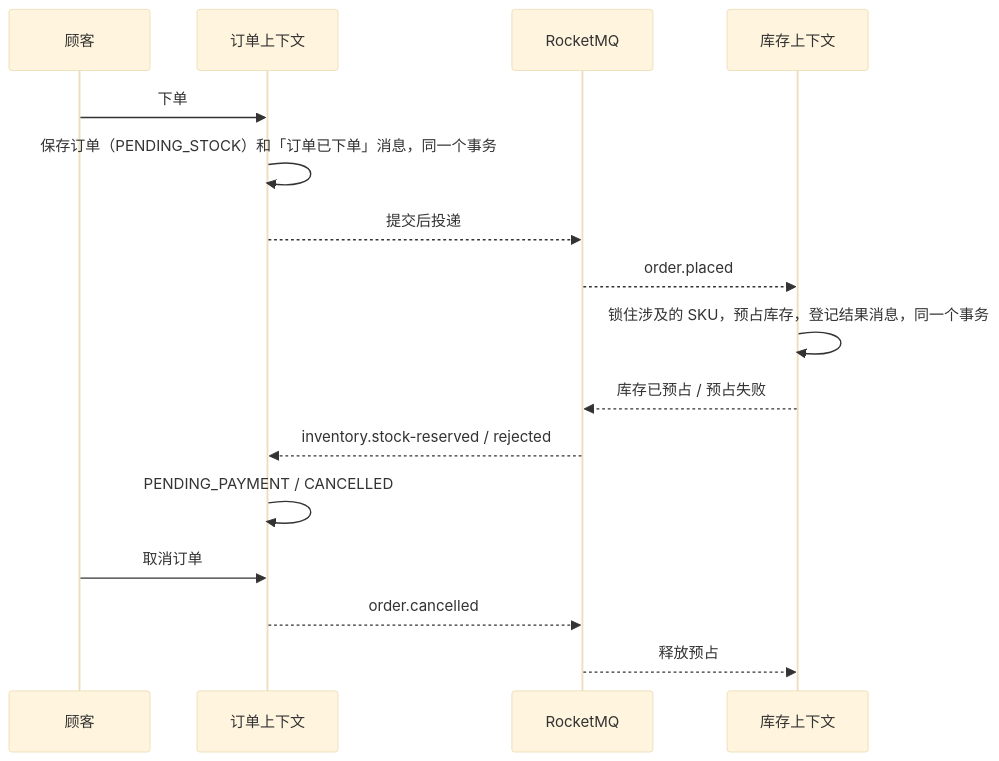
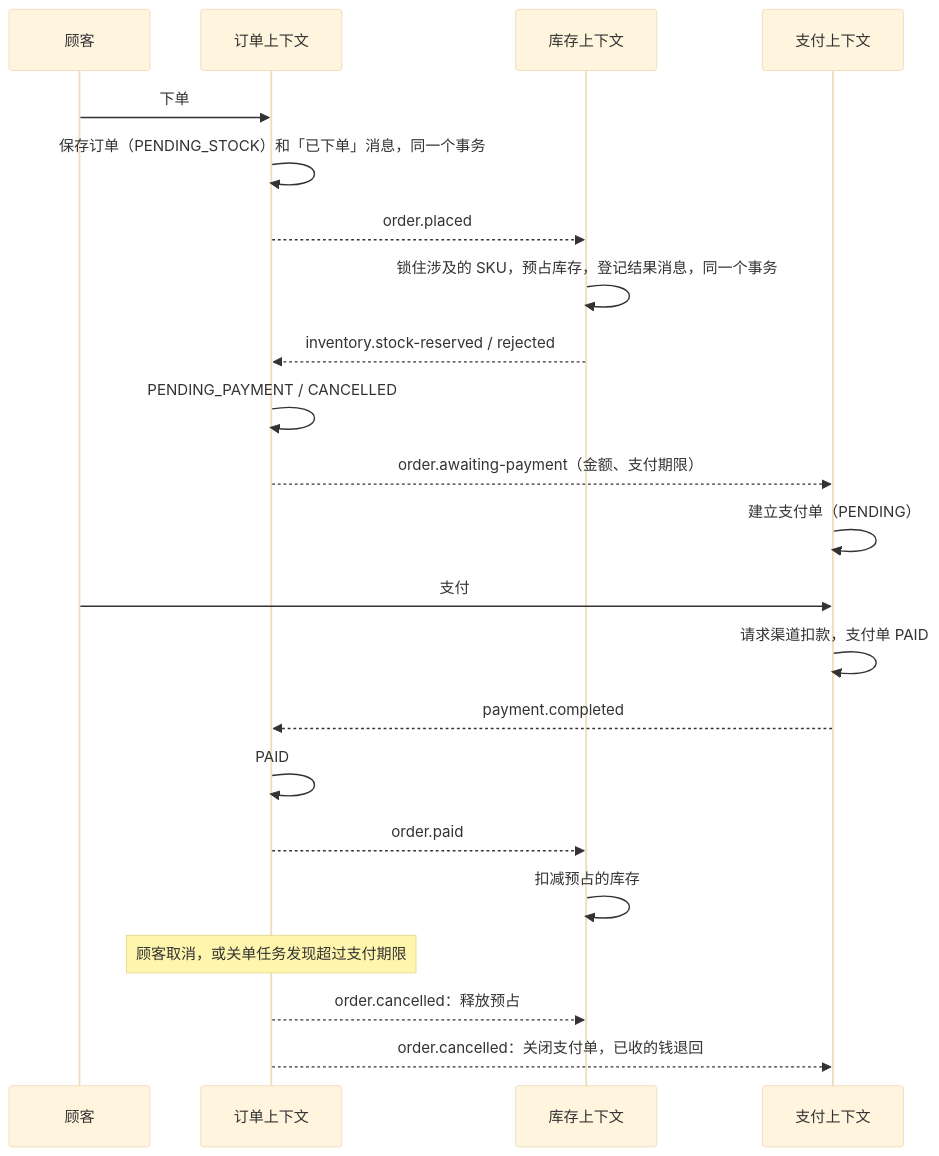
One commit to poppycoderr/domain-driven-kit changed the diagram in ddk-examples/ddk-mall/README.md. Above: the diagram before and after it, drawn with Mermaid (base theme). The commit also changed other lines of this file and 55 other files, not shown here.

````diff
--- a/ddk-examples/ddk-mall/README.md
+++ b/ddk-examples/ddk-mall/README.md
@@ -91,18 +104,24 @@
 ```mermaid
 sequenceDiagram
     participant C as 顾客
     participant O as 订单上下文
-    participant MQ as RocketMQ
     participant I as 库存上下文
+    participant P as 支付上下文
     C->>O: 下单
-    O->>O: 保存订单（PENDING_STOCK）和「订单已下单」消息，同一个事务
-    O-->>MQ: 提交后投递
-    MQ-->>I: order.placed
+    O->>O: 保存订单（PENDING_STOCK）和「已下单」消息，同一个事务
+    O-->>I: order.placed
     I->>I: 锁住涉及的 SKU，预占库存，登记结果消息，同一个事务
-    I-->>MQ: 库存已预占 / 预占失败
-    MQ-->>O: inventory.stock-reserved / rejected
+    I-->>O: inventory.stock-reserved / rejected
     O->>O: PENDING_PAYMENT / CANCELLED
-    C->>O: 取消订单
-    O-->>MQ: order.cancelled
-    MQ-->>I: 释放预占
+    O-->>P: order.awaiting-payment（金额、支付期限）
+    P->>P: 建立支付单（PENDING）
+    C->>P: 支付
+    P->>P: 请求渠道扣款，支付单 PAID
+    P-->>O: payment.completed
+    O->>O: PAID
+    O-->>I: order.paid
+    I->>I: 扣减预占的库存
+    Note over O: 顾客取消，或关单任务发现超过支付期限
+    O-->>I: order.cancelled：释放预占
+    O-->>P: order.cancelled：关闭支付单，已收的钱退回
 ```
````
